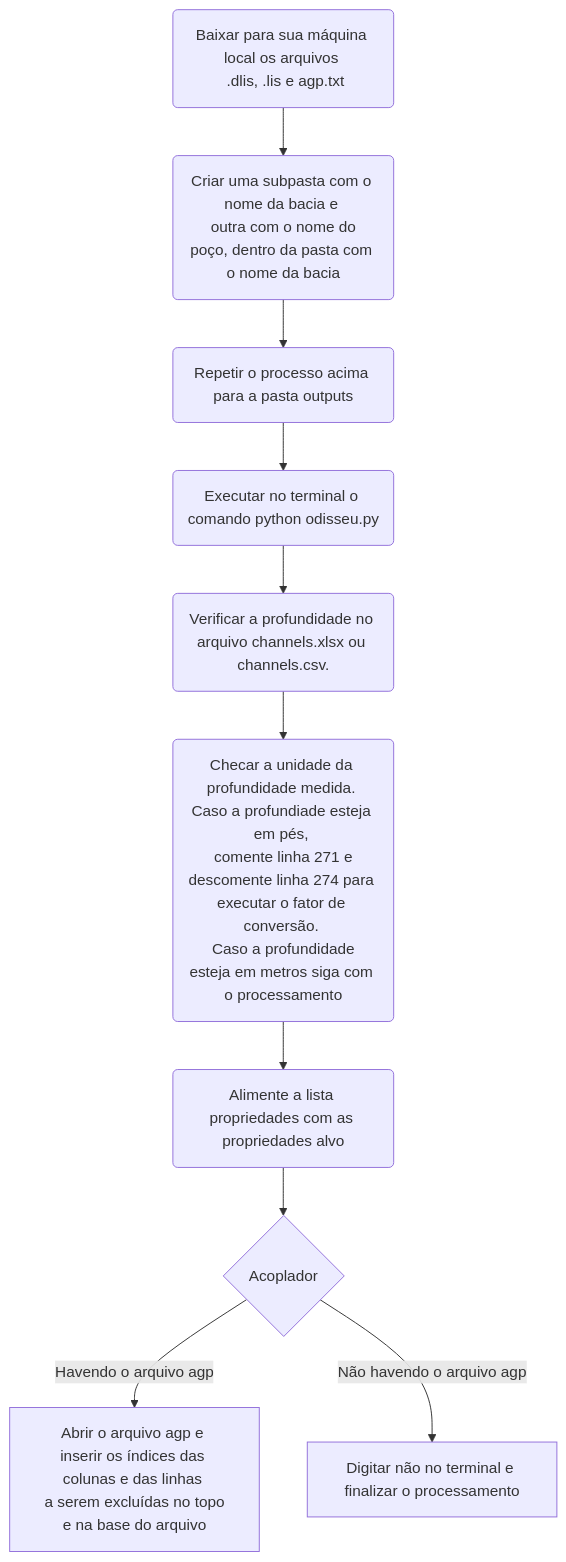
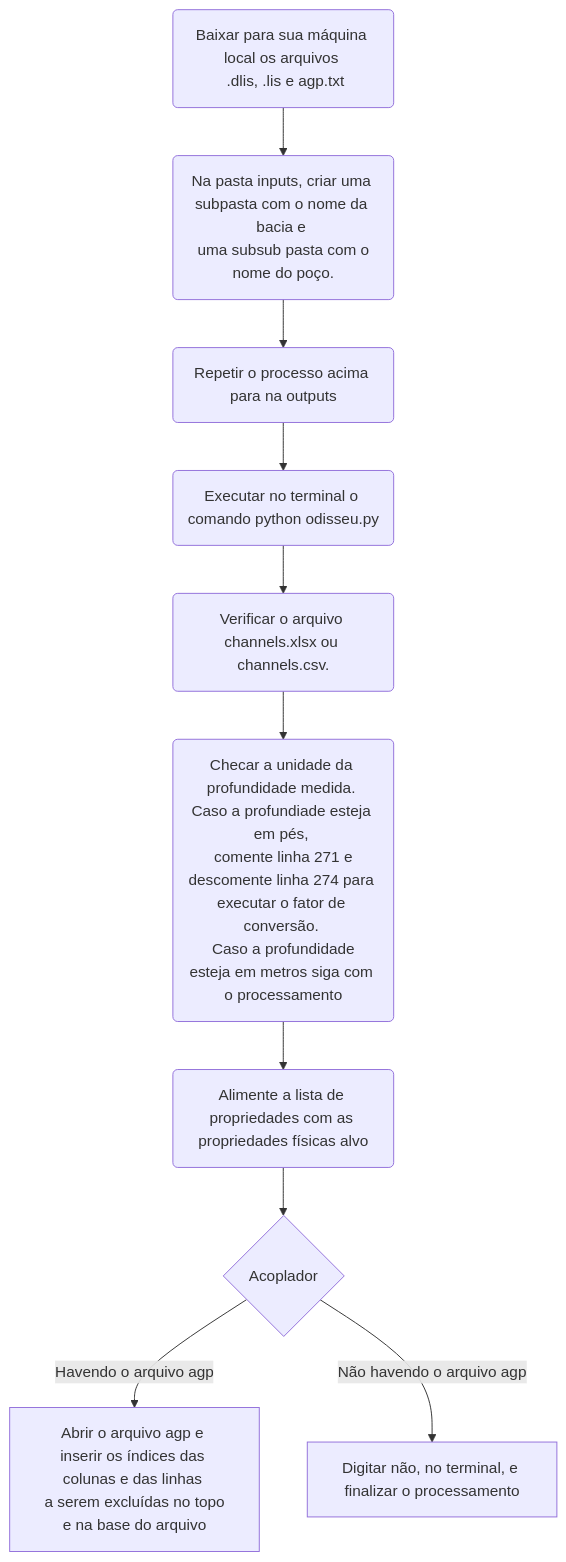
Before and after one commit to PR-4/Odisseia: the diagram in README.md, drawn with Mermaid.

````diff
--- a/README.md
+++ b/README.md
@@ -18,15 +18,15 @@
 ```mermaid
 flowchart TD
 
-A(Baixar para sua máquina local os arquivos \n .dlis, .lis e agp.txt) --> B(Criar uma subpasta com o nome da bacia e \n outra com o nome do poço, dentro da pasta com o nome da bacia)
-    B --> C(Repetir o processo acima para a pasta outputs)
+A(Baixar para sua máquina local os arquivos \n .dlis, .lis e agp.txt) --> B(Na pasta inputs, criar uma subpasta com o nome da bacia e \n uma subsub pasta com o nome do poço.)
+    B --> C(Repetir o processo acima para na outputs)
     C --> D(Executar no terminal o comando python odisseu.py)
-    D --> E(Verificar a profundidade no arquivo channels.xlsx ou channels.csv. ) 
+    D --> E(Verificar o arquivo channels.xlsx ou channels.csv. ) 
     E --> F(Checar a unidade da profundidade medida. Caso a profundiade esteja em pés, \n comente linha 271 e descomente linha 274 para executar o fator de conversão. \n Caso a profundidade esteja em metros siga com o processamento)
-    F --> G(Alimente a lista propriedades com as propriedades alvo)
+    F --> G(Alimente a lista de propriedades com as propriedades físicas alvo)
     G --> H{Acoplador}
     H --> |Havendo o arquivo agp| I[Abrir o arquivo agp e inserir os índices das colunas e das linhas \n a serem excluídas no topo e na base do arquivo]   
-    H --> |Não havendo o arquivo agp| J[Digitar não no terminal e finalizar o processamento]
+    H --> |Não havendo o arquivo agp| J[Digitar não, no terminal, e finalizar o processamento]
 
 
 ```
````
